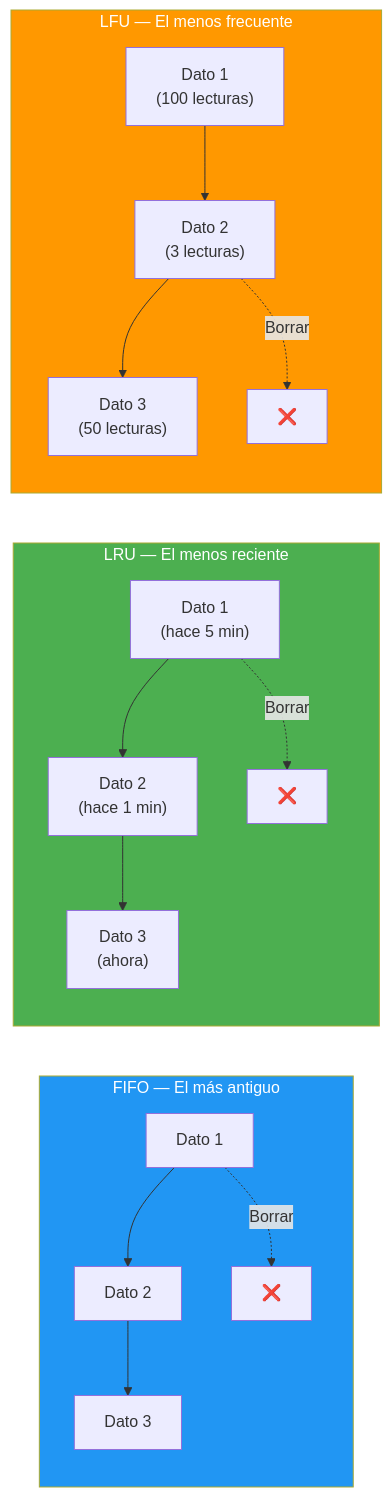
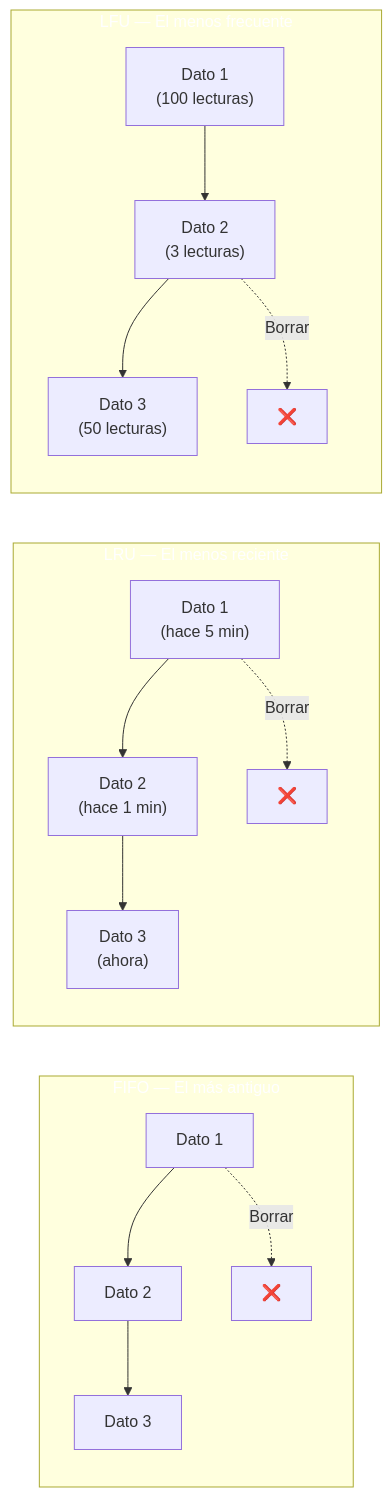
The second of 14 diagrams in 21-sql-nosql.md (joseluisgs/DesarrolloWebEntornosServidor-01-2026-2027), drawn with Mermaid before and after one commit. The commit also changed other lines of this file and 66 other files, not shown here.

First line of the commit message:
fix: normalizar titulos al castellano de frase y corregir la paleta de mermaid

````diff
--- a/21-sql-nosql.md
+++ b/21-sql-nosql.md
@@ -833,21 +833,21 @@
 ```mermaid
 graph LR
     subgraph FIFO["FIFO — El más antiguo"]
         A1["Dato 1"] --> A2["Dato 2"] --> A3["Dato 3"]
         A1 -.->|"Borrar"| X1["❌"]
     end
 
     subgraph LRU["LRU — El menos reciente"]
         B1["Dato 1<br/>(hace 5 min)"] --> B2["Dato 2<br/>(hace 1 min)"] --> B3["Dato 3<br/>(ahora)"]
         B1 -.->|"Borrar"| X2["❌"]
     end
 
     subgraph LFU["LFU — El menos frecuente"]
         C1["Dato 1<br/>(100 lecturas)"] --> C2["Dato 2<br/>(3 lecturas)"] --> C3["Dato 3<br/>(50 lecturas)"]
         C2 -.->|"Borrar"| X3["❌"]
     end
 
-    style FIFO fill:#2196F3,color:#fff
-    style LRU fill:#4CAF50,color:#fff
-    style LFU fill:#FF9800,color:#fff
+    style FIFO fill:#2196F,color:#fff3,color:#fff
+    style LRU fill:#4CAF5,color:#fff0,color:#fff
+    style LFU fill:#FF980,color:#fff0,color:#fff
 ```
````
